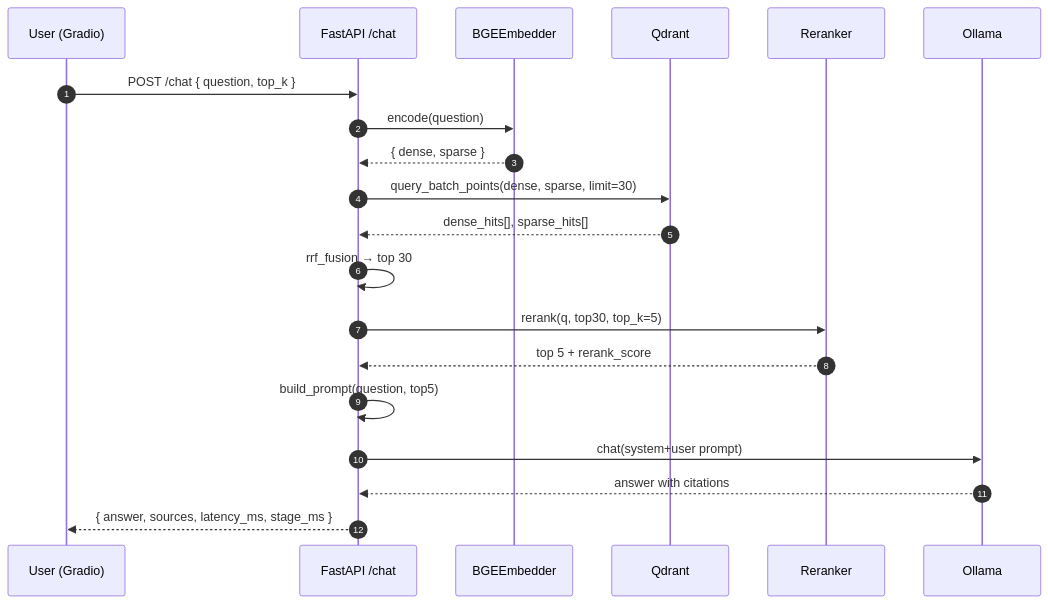
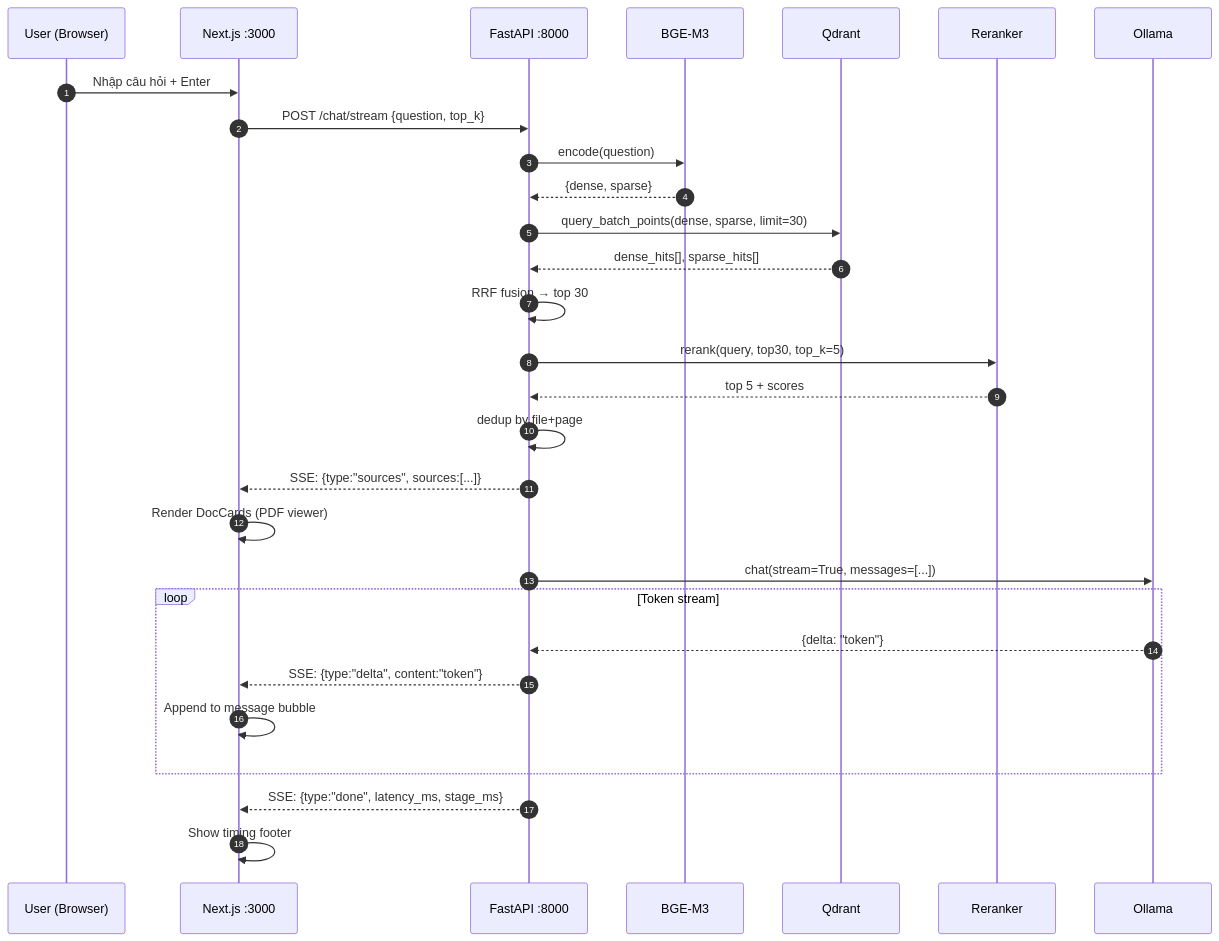
Before and after one commit to tuannguyencoder2002/hr-document-search: the eighth of 9 diagrams in PIPELINE.md, drawn with Mermaid. The commit also changed other lines of this file, not shown here.

First line of the commit message:
docs: rewrite PIPELINE.md for current architecture

````diff
--- a/PIPELINE.md
+++ b/PIPELINE.md
@@ -203,23 +213,32 @@
 ```mermaid
 sequenceDiagram
     autonumber
-    participant U as User (Gradio)
-    participant API as FastAPI /chat
-    participant E as BGEEmbedder
+    participant U as User (Browser)
+    participant FE as Next.js :3000
+    participant API as FastAPI :8000
+    participant E as BGE-M3
     participant Q as Qdrant
     participant R as Reranker
     participant L as Ollama
 
-    U->>API: POST /chat { question, top_k }
+    U->>FE: Nhập câu hỏi + Enter
+    FE->>API: POST /chat/stream {question, top_k}
     API->>E: encode(question)
-    E-->>API: { dense, sparse }
+    E-->>API: {dense, sparse}
     API->>Q: query_batch_points(dense, sparse, limit=30)
     Q-->>API: dense_hits[], sparse_hits[]
-    API->>API: rrf_fusion → top 30
-    API->>R: rerank(q, top30, top_k=5)
-    R-->>API: top 5 + rerank_score
-    API->>API: build_prompt(question, top5)
-    API->>L: chat(system+user prompt)
-    L-->>API: answer with citations
-    API-->>U: { answer, sources, latency_ms, stage_ms }
+    API->>API: RRF fusion → top 30
+    API->>R: rerank(query, top30, top_k=5)
+    R-->>API: top 5 + scores
+    API->>API: dedup by file+page
+    API-->>FE: SSE: {type:"sources", sources:[...]}
+    FE->>FE: Render DocCards (PDF viewer)
+    API->>L: chat(stream=True, messages=[...])
+    loop Token stream
+        L-->>API: {delta: "token"}
+        API-->>FE: SSE: {type:"delta", content:"token"}
+        FE->>FE: Append to message bubble
+    end
+    API-->>FE: SSE: {type:"done", latency_ms, stage_ms}
+    FE->>FE: Show timing footer
 ```
````
